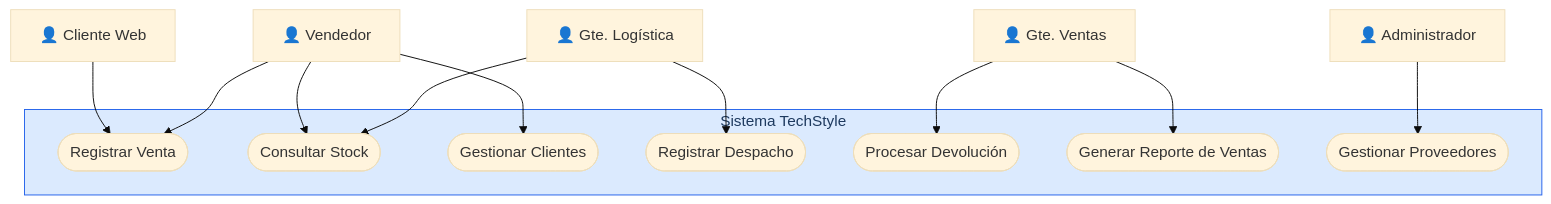
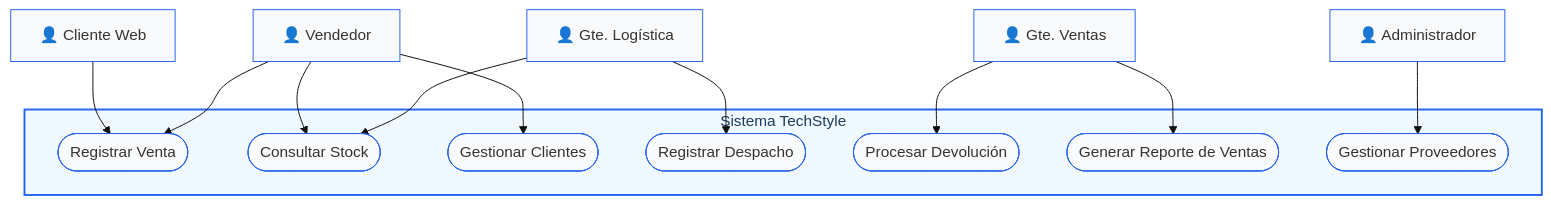
One commit to frzambra/big_data_analytics changed the second of 6 diagrams in clases/W05_clase.qmd. Above: the diagram before and after it, drawn with Mermaid. The commit also changed 3 other files, not shown here.

Commit message:
corregir slide diagrama caso de uso

````diff
--- a/clases/W05_clase.qmd
+++ b/clases/W05_clase.qmd
@@ -95,23 +95,36 @@
 ```{mermaid}
-%%{init: {'theme': 'base', 'themeVariables': {'clusterBkg': '#dbeafe', 'clusterBorder': '#2563eb', 'titleColor': '#1e3a5f'}}}%%
+%%{init: {
+    'theme': 'base', 
+    'themeVariables': {
+        'mainBkg': '#f8fafc',
+        'clusterBkg': '#dbeafe', 
+        'clusterBorder': '#2563eb', 
+        'titleColor': '#1e3a5f',
+        'nodeBkg': '#ffffff',
+        'nodeBorder': '#2563eb'
+    }
+}}%%
 graph TB
     subgraph Sistema["Sistema TechStyle"]
         UC1(["Registrar Venta"])
         UC2(["Consultar Stock"])
         UC3(["Gestionar Clientes"])
         UC4(["Registrar Despacho"])
         UC5(["Procesar Devolución"])
         UC6(["Generar Reporte de Ventas"])
         UC7(["Gestionar Proveedores"])
     end
 
     Cliente["👤 Cliente Web"] --> UC1
     Vendedor["👤 Vendedor"] --> UC1
     Vendedor --> UC2
     Vendedor --> UC3
     Logistica["👤 Gte. Logística"] --> UC4
     Logistica --> UC2
     Ventas["👤 Gte. Ventas"] --> UC6
     Ventas --> UC5
     Admin["👤 Administrador"] --> UC7
+
+%% This line forces the background color of the subgraph %%
+    style Sistema fill:#f0f9ff,stroke:#2563eb,stroke-width:2px
 ```
````
